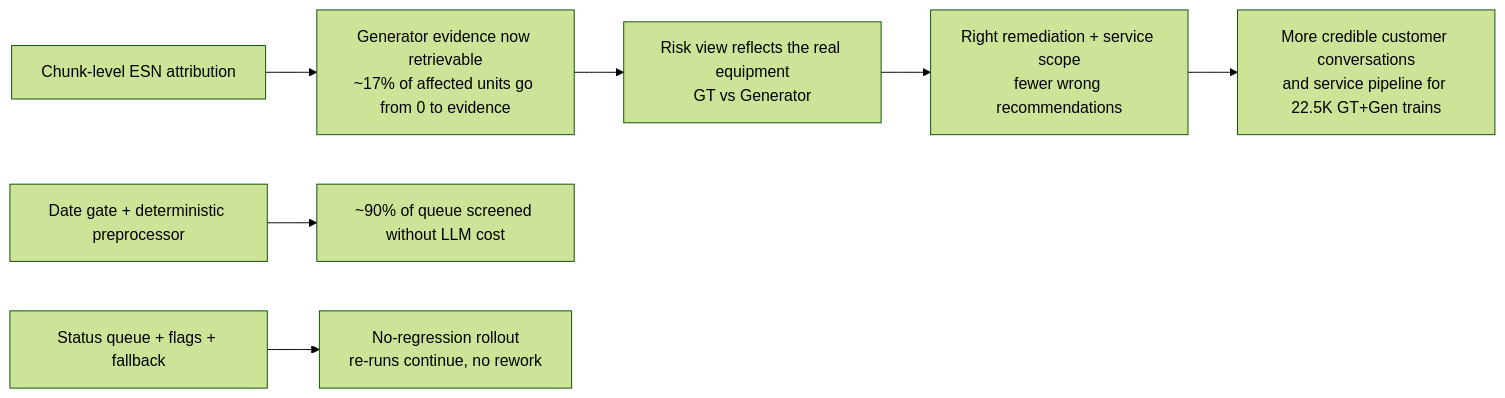
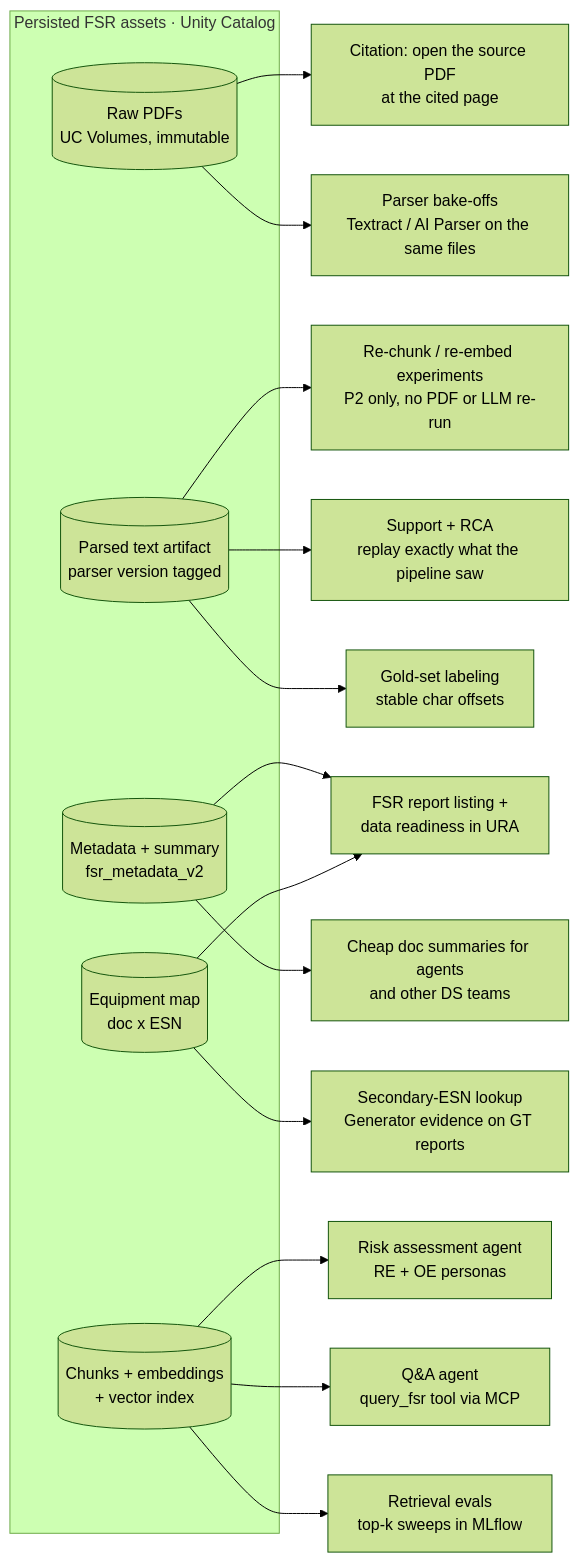
Before and after one commit to thinktech20/ai: the second of 2 diagrams in 2-FSR-v2/deep-dive/fsr-v2-architecture-map.md, drawn with Mermaid (forest theme). The commit also changed other lines of this file, not shown here.

````diff
--- a/2-FSR-v2/deep-dive/fsr-v2-architecture-map.md
+++ b/2-FSR-v2/deep-dive/fsr-v2-architecture-map.md
@@ -113,9 +182,23 @@
 ```mermaid
 flowchart LR
-  A[Chunk-level ESN attribution] --> B[Generator evidence now retrievable<br/>~17% of affected units go from 0 to evidence]
-  B --> C[Risk view reflects the real equipment<br/>GT vs Generator]
-  C --> D[Right remediation + service scope<br/>fewer wrong recommendations]
-  D --> E[More credible customer conversations<br/>and service pipeline for 22.5K GT+Gen trains]
-  F[Date gate + deterministic preprocessor] --> G[~90% of queue screened without LLM cost]
-  H[Status queue + flags + fallback] --> I[No-regression rollout<br/>re-runs continue, no rework]
+  subgraph ASSETS["Persisted FSR assets · Unity Catalog"]
+    R[(Raw PDFs<br/>UC Volumes, immutable)]
+    P[(Parsed text artifact<br/>parser version tagged)]
+    M[(Metadata + summary<br/>fsr_metadata_v2)]
+    E[(Equipment map<br/>doc x ESN)]
+    C[(Chunks + embeddings<br/>+ vector index)]
+  end
+
+  R --> U1[Citation: open the source PDF<br/>at the cited page]
+  R --> U2[Parser bake-offs<br/>Textract / AI Parser on the same files]
+  P --> U3[Re-chunk / re-embed experiments<br/>P2 only, no PDF or LLM re-run]
+  P --> U4[Support + RCA<br/>replay exactly what the pipeline saw]
+  P --> U5[Gold-set labeling<br/>stable char offsets]
+  M --> U6[FSR report listing +<br/>data readiness in URA]
+  M --> U7[Cheap doc summaries for agents<br/>and other DS teams]
+  E --> U6
+  E --> U8[Secondary-ESN lookup<br/>Generator evidence on GT reports]
+  C --> U9[Risk assessment agent<br/>RE + OE personas]
+  C --> U10[Q&A agent<br/>query_fsr tool via MCP]
+  C --> U11[Retrieval evals<br/>top-k sweeps in MLflow]
 ```
````
